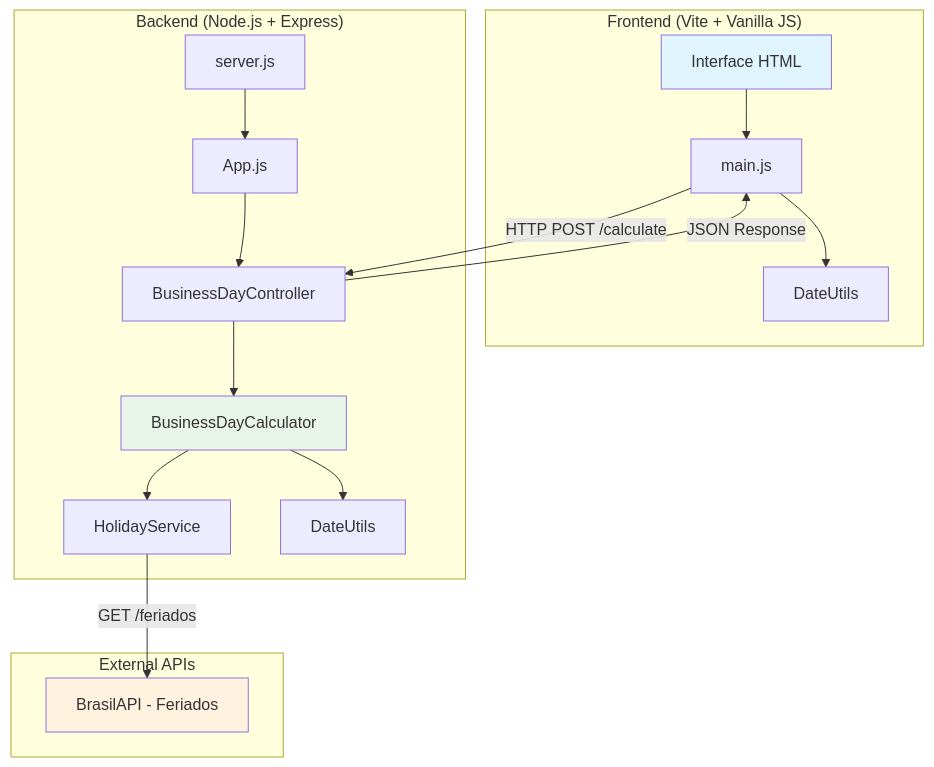
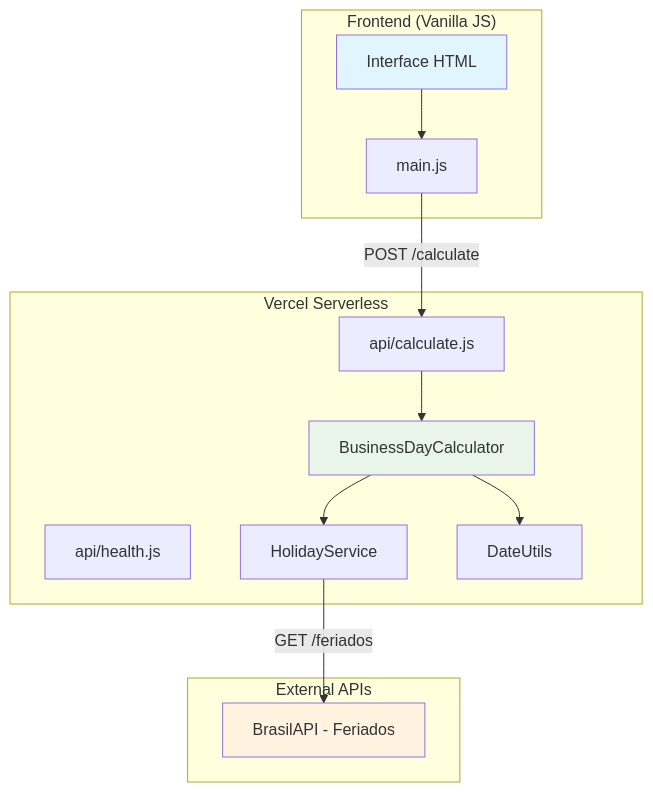
Before and after one commit to g-bolsoni/workdays-br: the diagram in README.md, drawn with Mermaid. The commit also changed other lines of this file, not shown here.

First line of the commit message:
docs: update README for Vercel serverless structure

````diff
--- a/README.md
+++ b/README.md
@@ -31,37 +34,31 @@
 ```mermaid
 graph TB
-    subgraph "Frontend (Vite + Vanilla JS)"
+    subgraph "Frontend (Vanilla JS)"
         UI[Interface HTML]
         JS[main.js]
-        DateUtils[DateUtils]
         UI --> JS
-        JS --> DateUtils
     end
 
-    subgraph "Backend (Node.js + Express)"
-        Server[server.js]
-        App[App.js]
-        Controller[BusinessDayController]
+    subgraph "Vercel Serverless"
+        Health[api/health.js]
+        Calculate[api/calculate.js]
         Calculator[BusinessDayCalculator]
         HolidayService[HolidayService]
-        DateUtilsBackend[DateUtils]
+        DateUtils[DateUtils]
         
-        Server --> App
-        App --> Controller
-        Controller --> Calculator
+        Calculate --> Calculator
         Calculator --> HolidayService
-        Calculator --> DateUtilsBackend
+        Calculator --> DateUtils
     end
 
     subgraph "External APIs"
         BrasilAPI[BrasilAPI - Feriados]
     end
 
-    JS -->|HTTP POST /calculate| Controller
+    JS -->|POST /calculate| Calculate
     HolidayService -->|GET /feriados| BrasilAPI
-    Controller -->|JSON Response| JS
 
     style UI fill:#e1f5fe
     style BrasilAPI fill:#fff3e0
     style Calculator fill:#e8f5e8
 ```
````
